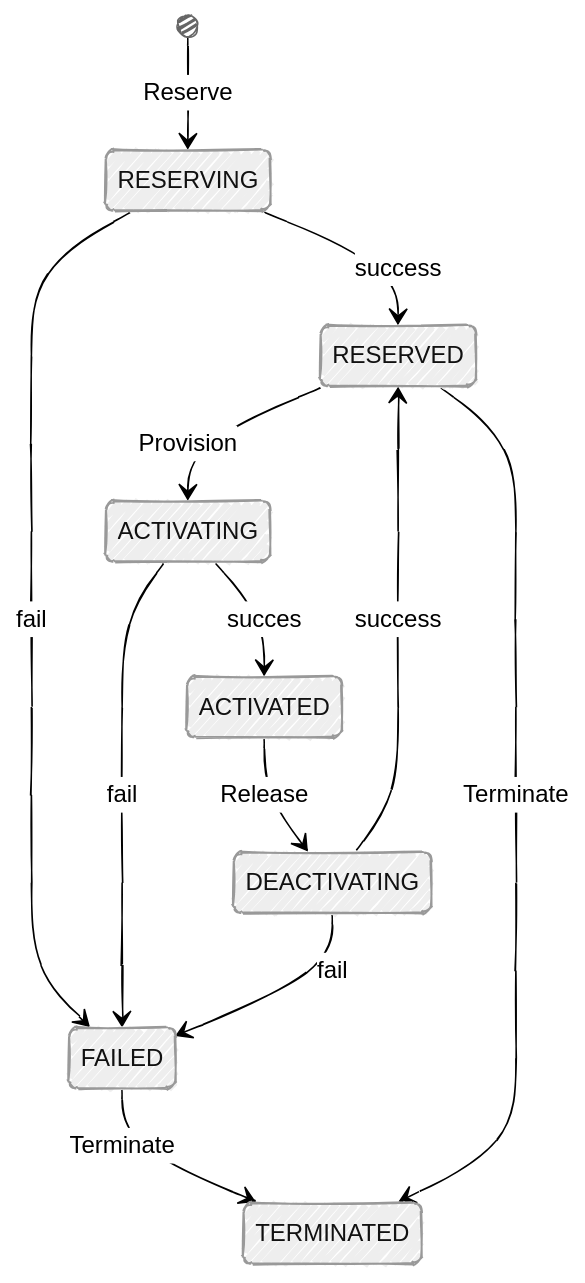
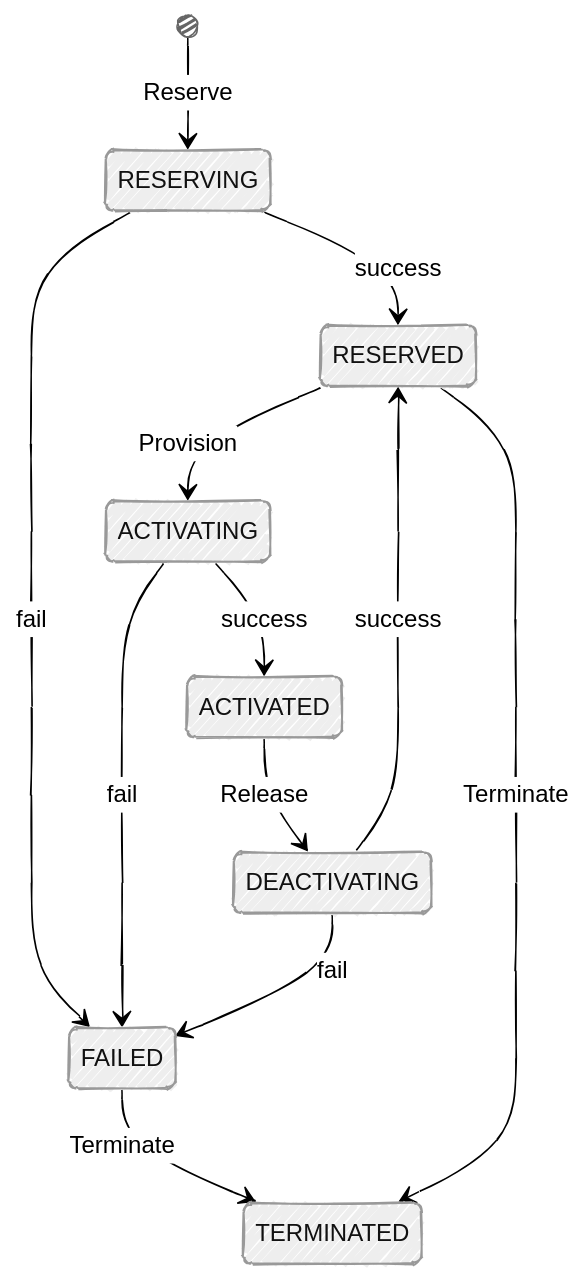
Before and after one commit to workfloworchestrator/nsi-aggregator-proxy: the first of 5 diagrams in README.md, drawn with Mermaid. The commit also changed other lines of this file, not shown here.

````diff
--- a/README.md
+++ b/README.md
@@ -16,18 +11,18 @@
 ```mermaid
 %%{init: {"look": "handDrawn", "theme": "neutral"}}%%
 stateDiagram-v2
     [*] --> RESERVING : Reserve
     state RESERVING <<choice>>
     RESERVING --> RESERVED : success
     RESERVING --> FAILED : fail
     FAILED --> TERMINATED : Terminate
     RESERVED --> ACTIVATING : Provision
     state ACTIVATING <<choice>>
-    ACTIVATING --> ACTIVATED : succes
+    ACTIVATING --> ACTIVATED : success
     ACTIVATING --> FAILED : fail
     ACTIVATED --> DEACTIVATING : Release
     state DEACTIVATING <<choice>>
     DEACTIVATING --> RESERVED : success
     DEACTIVATING --> FAILED : fail
     RESERVED --> TERMINATED : Terminate
-``` 
+```
````
